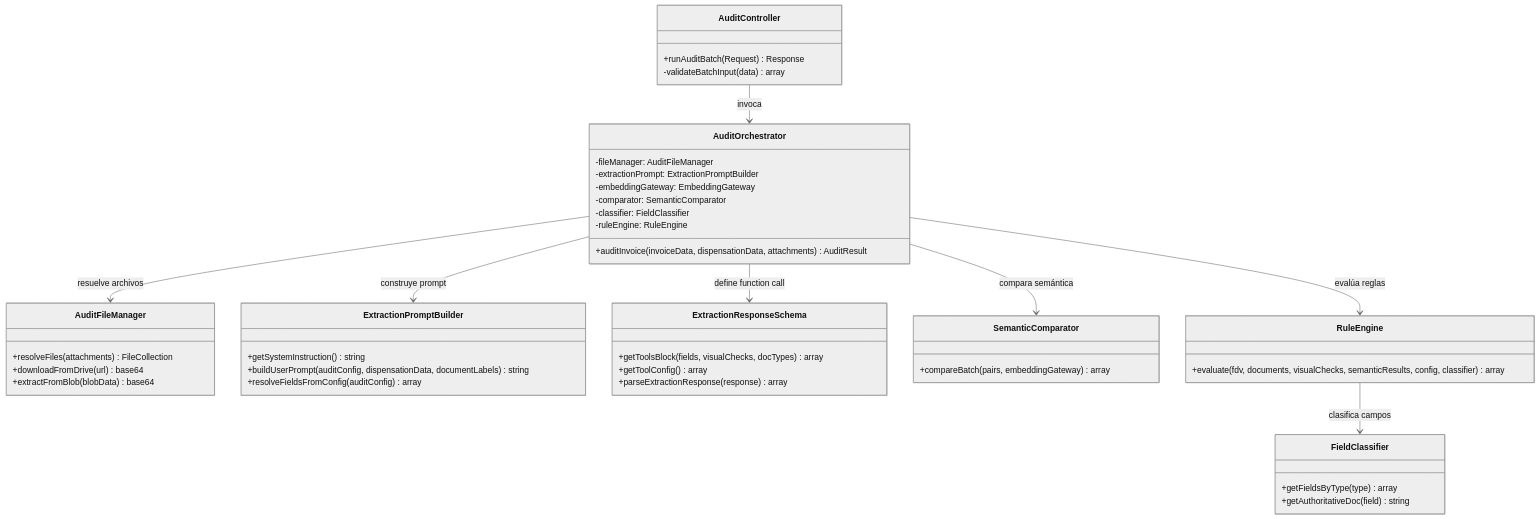
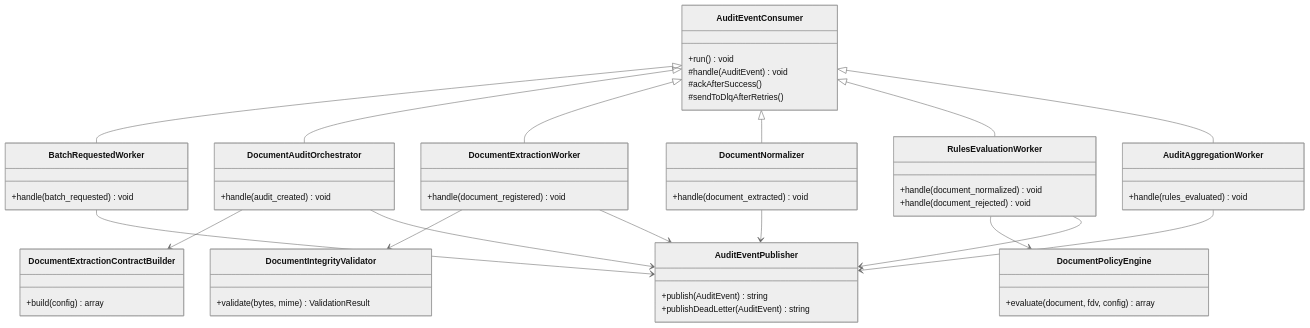
The fifth of 5 diagrams in plans/architecture-diagrams.md (jfrem/AudFact), drawn with Mermaid (neutral theme) before and after one commit. The commit also changed other lines of this file and 80 other files, not shown here.

Commit message:
feat: implement comprehensive audit pipeline features, including document integrity validation, invoice management, and enhanced agent skill tracking.

````diff
--- a/plans/architecture-diagrams.md
+++ b/plans/architecture-diagrams.md
@@ -108,56 +160,67 @@
 ```mermaid
 classDiagram
-    class AuditController {
-        +runAuditBatch(Request) Response
-        -validateBatchInput(data) array
+    class AuditEventPublisher {
+        +publish(AuditEvent) string
+        +publishDeadLetter(AuditEvent) string
     }
 
-    class AuditOrchestrator {
-        -fileManager: AuditFileManager
-        -extractionPrompt: ExtractionPromptBuilder
-        -embeddingGateway: EmbeddingGateway
-        -comparator: SemanticComparator
-        -classifier: FieldClassifier
-        -ruleEngine: RuleEngine
-        +auditInvoice(invoiceData, dispensationData, attachments) AuditResult
+    class AuditEventConsumer {
+        +run() void
+        #handle(AuditEvent) void
+        #ackAfterSuccess()
+        #sendToDlqAfterRetries()
     }
 
-    class AuditFileManager {
-        +resolveFiles(attachments) FileCollection
-        +downloadFromDrive(url) base64
-        +extractFromBlob(blobData) base64
+    class BatchRequestedWorker {
+        +handle(batch_requested) void
     }
 
-    class ExtractionPromptBuilder {
-        +getSystemInstruction() string
-        +buildUserPrompt(auditConfig, dispensationData, documentLabels) string
-        +resolveFieldsFromConfig(auditConfig) array
+    class DocumentAuditOrchestrator {
+        +handle(audit_created) void
     }
 
-    class ExtractionResponseSchema {
-        +getToolsBlock(fields, visualChecks, docTypes) array
-        +getToolConfig() array
-        +parseExtractionResponse(response) array
+    class DocumentExtractionContractBuilder {
+        +build(config) array
     }
 
-    class SemanticComparator {
-        +compareBatch(pairs, embeddingGateway) array
+    class DocumentIntegrityValidator {
+        +validate(bytes, mime) ValidationResult
     }
 
-    class RuleEngine {
-        +evaluate(fdv, documents, visualChecks, semanticResults, config, classifier) array
+    class DocumentExtractionWorker {
+        +handle(document_registered) void
     }
 
-    class FieldClassifier {
-        +getFieldsByType(type) array
-        +getAuthoritativeDoc(field) string
+    class DocumentNormalizer {
+        +handle(document_extracted) void
     }
 
-    AuditController --> AuditOrchestrator : invoca
-    AuditOrchestrator --> AuditFileManager : resuelve archivos
-    AuditOrchestrator --> ExtractionPromptBuilder : construye prompt
-    AuditOrchestrator --> ExtractionResponseSchema : define function call
-    AuditOrchestrator --> SemanticComparator : compara semántica
-    AuditOrchestrator --> RuleEngine : evalúa reglas
-    RuleEngine --> FieldClassifier : clasifica campos
+    class RulesEvaluationWorker {
+        +handle(document_normalized) void
+        +handle(document_rejected) void
+    }
+
+    class DocumentPolicyEngine {
+        +evaluate(document, fdv, config) array
+    }
+
+    class AuditAggregationWorker {
+        +handle(rules_evaluated) void
+    }
+
+    AuditEventConsumer <|-- BatchRequestedWorker
+    AuditEventConsumer <|-- DocumentAuditOrchestrator
+    AuditEventConsumer <|-- DocumentExtractionWorker
+    AuditEventConsumer <|-- DocumentNormalizer
+    AuditEventConsumer <|-- RulesEvaluationWorker
+    AuditEventConsumer <|-- AuditAggregationWorker
+    DocumentAuditOrchestrator --> DocumentExtractionContractBuilder
+    DocumentExtractionWorker --> DocumentIntegrityValidator
+    RulesEvaluationWorker --> DocumentPolicyEngine
+    BatchRequestedWorker --> AuditEventPublisher
+    DocumentAuditOrchestrator --> AuditEventPublisher
+    DocumentExtractionWorker --> AuditEventPublisher
+    DocumentNormalizer --> AuditEventPublisher
+    RulesEvaluationWorker --> AuditEventPublisher
+    AuditAggregationWorker --> AuditEventPublisher
 ```
````
